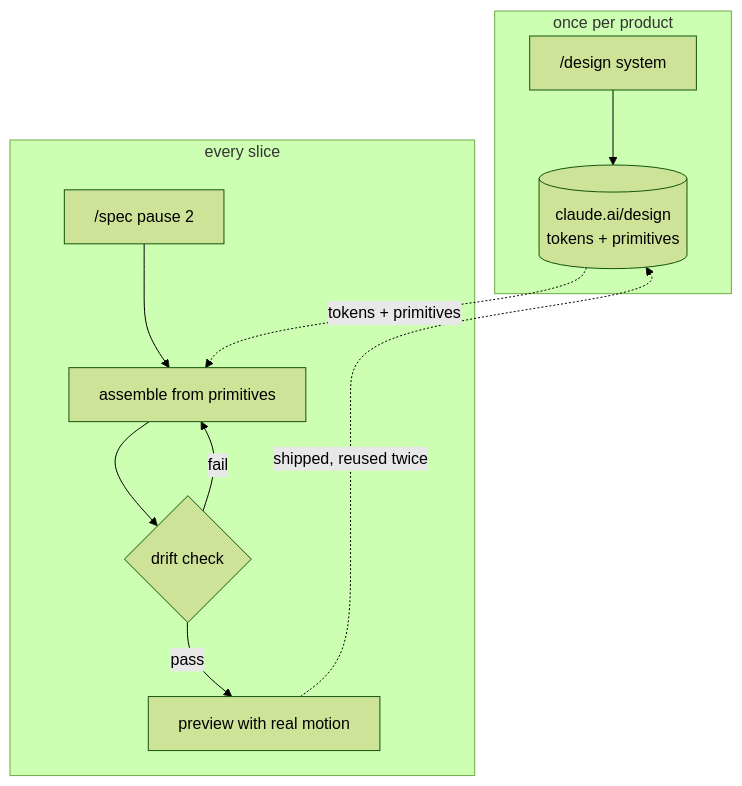
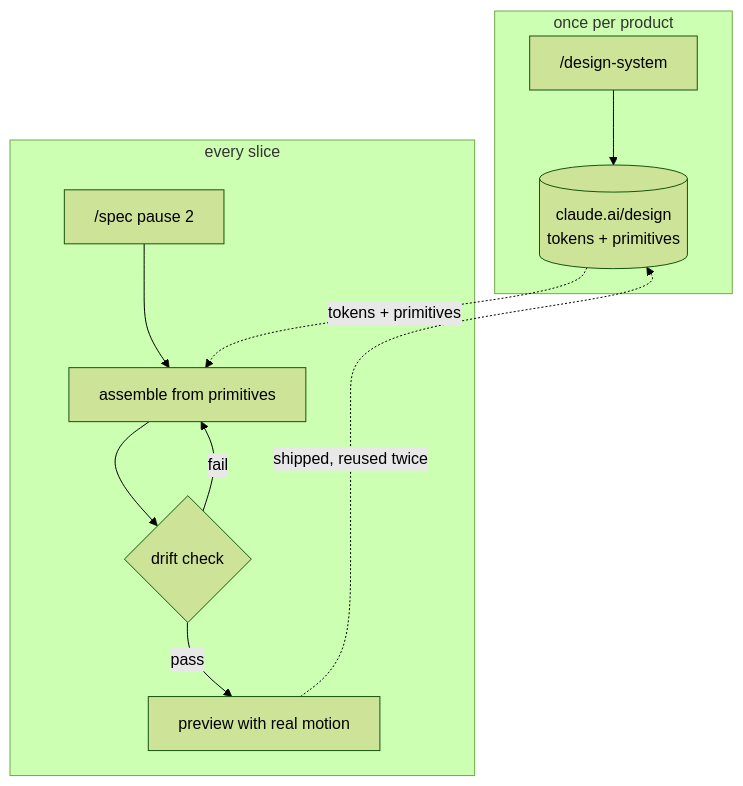
The second of 2 diagrams in README.md (dzaffren/claude-plugin), drawn with Mermaid (forest theme) before and after one commit. The commit also changed other lines of this file and 7 other files, not shown here.

First line of the commit message:
feat(design-system): split /design-system out of /design

````diff
--- a/README.md
+++ b/README.md
@@ -82,13 +83,13 @@
 ```mermaid
 flowchart TB
     subgraph once["once per product"]
-        A["/design system"] --> B[("claude.ai/design<br/>tokens + primitives")]
+        A["/design-system"] --> B[("claude.ai/design<br/>tokens + primitives")]
     end
     subgraph each["every slice"]
         C["/spec pause 2"] --> D["assemble from primitives"] --> E{"drift check"}
         E -- fail --> D
         E -- pass --> F["preview with real motion"]
     end
     B -. "tokens + primitives" .-> D
     F -. "shipped, reused twice" .-> B
 ```
````
